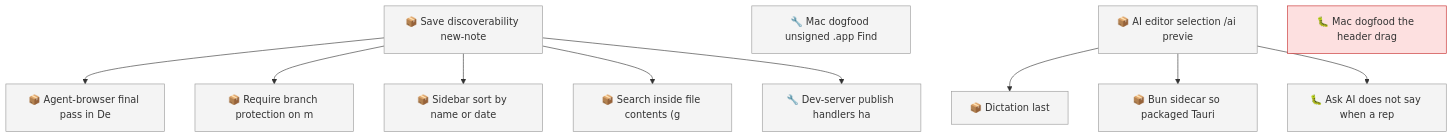
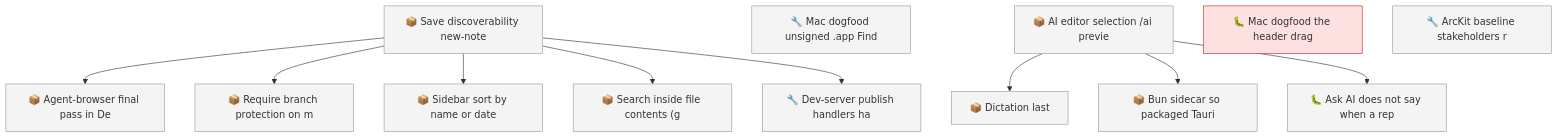
One commit to SpillwaveSolutions/motion changed the first of 2 diagrams in docs/roadmap.md. Above: the diagram before and after it, drawn with Mermaid. The commit also changed other lines of this file and 7 other files, not shown here.

````diff
--- a/docs/roadmap.md
+++ b/docs/roadmap.md
@@ -97,27 +98,28 @@
 ```mermaid
 graph TD
     01KYQYYN3SBWDT25TC6H3G4EAA["📦 Save discoverability new-note"]
     01KYQYYN3T2SSGG33ESEWPXKH8["📦 Agent-browser final pass in De"]
     01KYQYYN3T731B57N8NXQ8C0FQ["📦 Require branch protection on m"]
     01KYQYYN3TA69K8848E483HC82["📦 Sidebar sort by name or date"]
     01KYQYYN3TKW93D9SVW07VKFZY["📦 Search inside file contents (g"]
     01M18Q560MPAYQJTA0W6F4DAW3["🔧 Mac dogfood unsigned .app Find"]
     01M18R79ZM90HJ0MBG3CX6VW7E["📦 Dictation last"]
     01M18R79ZMN53CMV76JFHKVEFN["📦 AI editor selection /ai previe"]
     01M19Z6Z3XQZ03EYNXKKBG5WK7["📦 Bun sidecar so packaged Tauri"]
     01M1ABZH14RJDDJ7M7HT3TZKYW["🐛 Ask AI does not say when a rep"]
     01M1ABZH2F573CM32N93NDMAGB["🔧 Dev-server publish handlers ha"]
     01M1MVB300KXXJPZ2XACH7A64K["🐛 Mac dogfood the header drag"]
+    01M5FT7DV6ZMNBXWA883G6CDC8["🔧 ArcKit baseline stakeholders r"]
     01KYQYYN3SBWDT25TC6H3G4EAA --> 01KYQYYN3T2SSGG33ESEWPXKH8
     01KYQYYN3SBWDT25TC6H3G4EAA --> 01KYQYYN3T731B57N8NXQ8C0FQ
     01KYQYYN3SBWDT25TC6H3G4EAA --> 01KYQYYN3TA69K8848E483HC82
     01KYQYYN3SBWDT25TC6H3G4EAA --> 01KYQYYN3TKW93D9SVW07VKFZY
     01M18R79ZMN53CMV76JFHKVEFN --> 01M18R79ZM90HJ0MBG3CX6VW7E
     01M18R79ZMN53CMV76JFHKVEFN --> 01M19Z6Z3XQZ03EYNXKKBG5WK7
     01M18R79ZMN53CMV76JFHKVEFN --> 01M1ABZH14RJDDJ7M7HT3TZKYW
     01KYQYYN3SBWDT25TC6H3G4EAA --> 01M1ABZH2F573CM32N93NDMAGB
     classDef todo fill:#f4f4f4,stroke:#999999
-    class 01KYQYYN3SBWDT25TC6H3G4EAA,01KYQYYN3T2SSGG33ESEWPXKH8,01KYQYYN3T731B57N8NXQ8C0FQ,01KYQYYN3TA69K8848E483HC82,01KYQYYN3TKW93D9SVW07VKFZY,01M18Q560MPAYQJTA0W6F4DAW3,01M18R79ZM90HJ0MBG3CX6VW7E,01M18R79ZMN53CMV76JFHKVEFN,01M19Z6Z3XQZ03EYNXKKBG5WK7,01M1ABZH14RJDDJ7M7HT3TZKYW,01M1ABZH2F573CM32N93NDMAGB todo
+    class 01KYQYYN3SBWDT25TC6H3G4EAA,01KYQYYN3T2SSGG33ESEWPXKH8,01KYQYYN3T731B57N8NXQ8C0FQ,01KYQYYN3TA69K8848E483HC82,01KYQYYN3TKW93D9SVW07VKFZY,01M18Q560MPAYQJTA0W6F4DAW3,01M18R79ZM90HJ0MBG3CX6VW7E,01M18R79ZMN53CMV76JFHKVEFN,01M19Z6Z3XQZ03EYNXKKBG5WK7,01M1ABZH14RJDDJ7M7HT3TZKYW,01M1ABZH2F573CM32N93NDMAGB,01M5FT7DV6ZMNBXWA883G6CDC8 todo
     classDef blocked fill:#fde0e0,stroke:#c62828
     class 01M1MVB300KXXJPZ2XACH7A64K blocked
 ```
````
